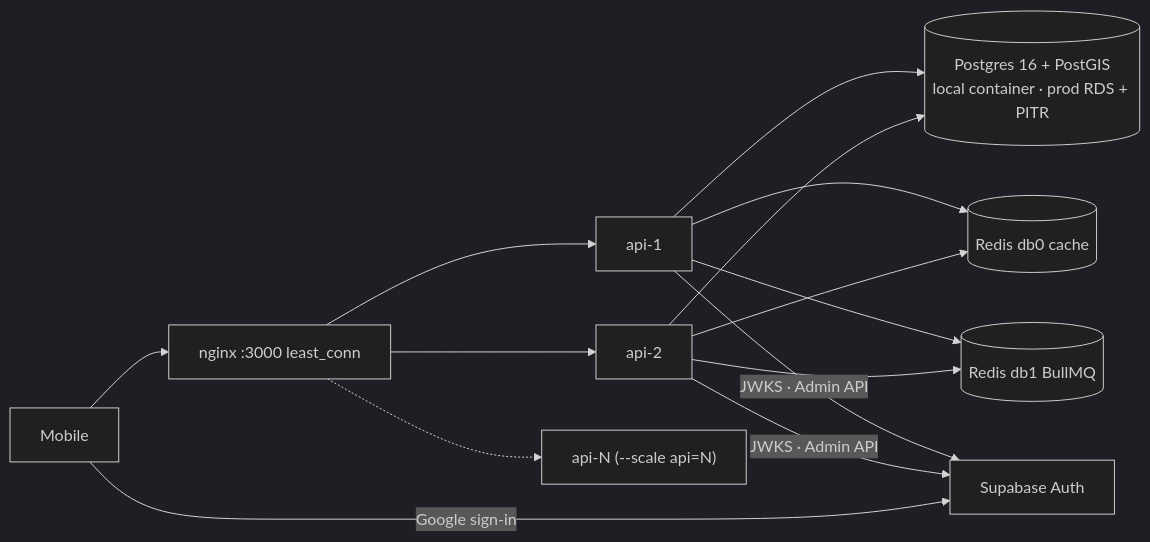
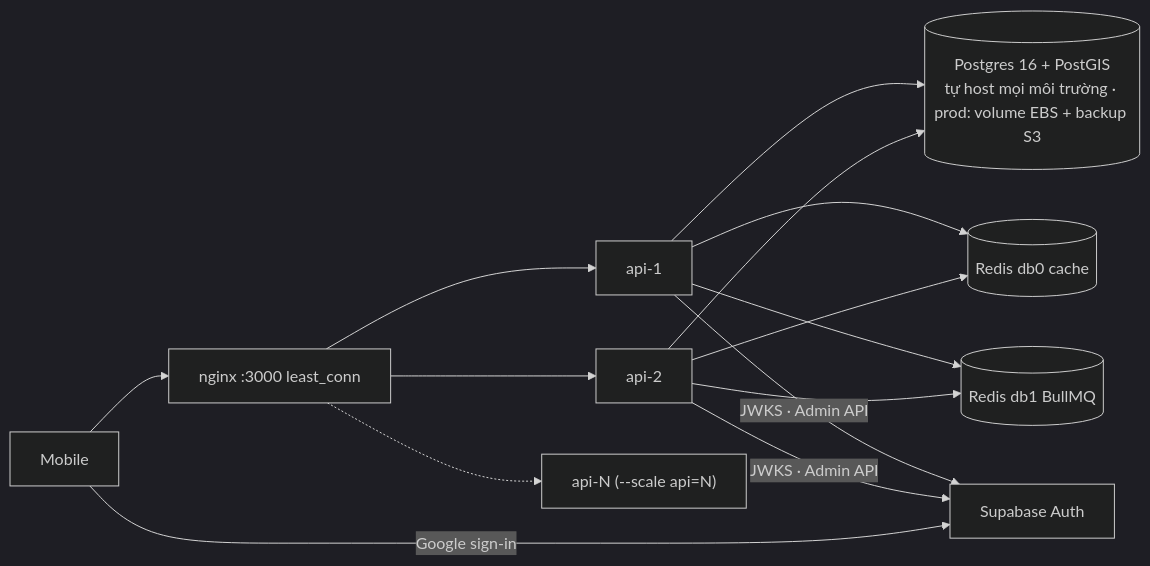
Before and after one commit to JasonEastar/nest-structure: the sixth of 6 diagrams in docs/project-structure-and-flows.md, drawn with Mermaid (dark theme). The commit also changed 6 other files, not shown here.

Commit message:
docs: postgres tu host o staging/prod, backup do minh lo (adr-0005)

````diff
--- a/docs/project-structure-and-flows.md
+++ b/docs/project-structure-and-flows.md
@@ -223,12 +223,12 @@
 ```mermaid
 flowchart LR
   M[Mobile] --> NG["nginx :3000 least_conn"]
   NG --> A1["api-1"]
   NG --> A2["api-2"]
   NG -.-> AN["api-N (--scale api=N)"]
-  A1 & A2 --> PG[("Postgres 16 + PostGIS<br/>local container · prod RDS + PITR")]
+  A1 & A2 --> PG[("Postgres 16 + PostGIS<br/>tự host mọi môi trường · prod: volume EBS + backup S3")]
   A1 & A2 --> R0[("Redis db0 cache")]
   A1 & A2 --> R1[("Redis db1 BullMQ")]
   A1 & A2 -- "JWKS · Admin API" --> SB["Supabase Auth"]
   M -- "Google sign-in" --> SB
 ```
````
